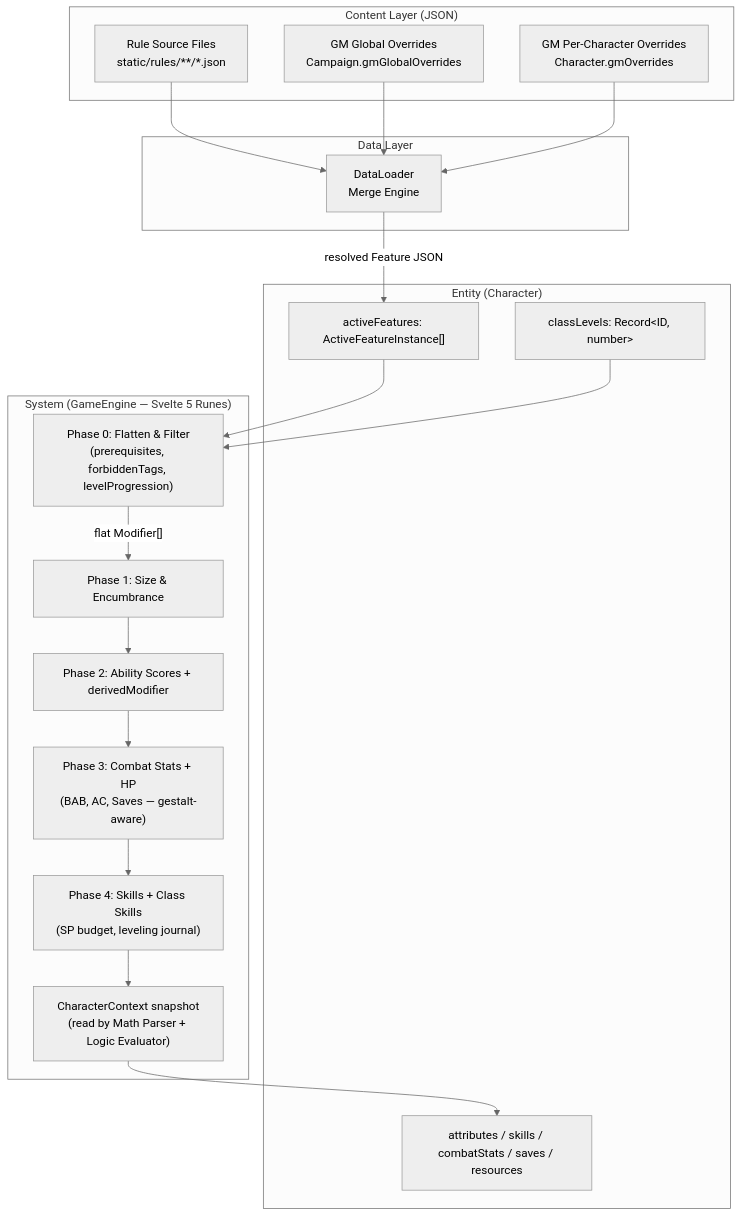
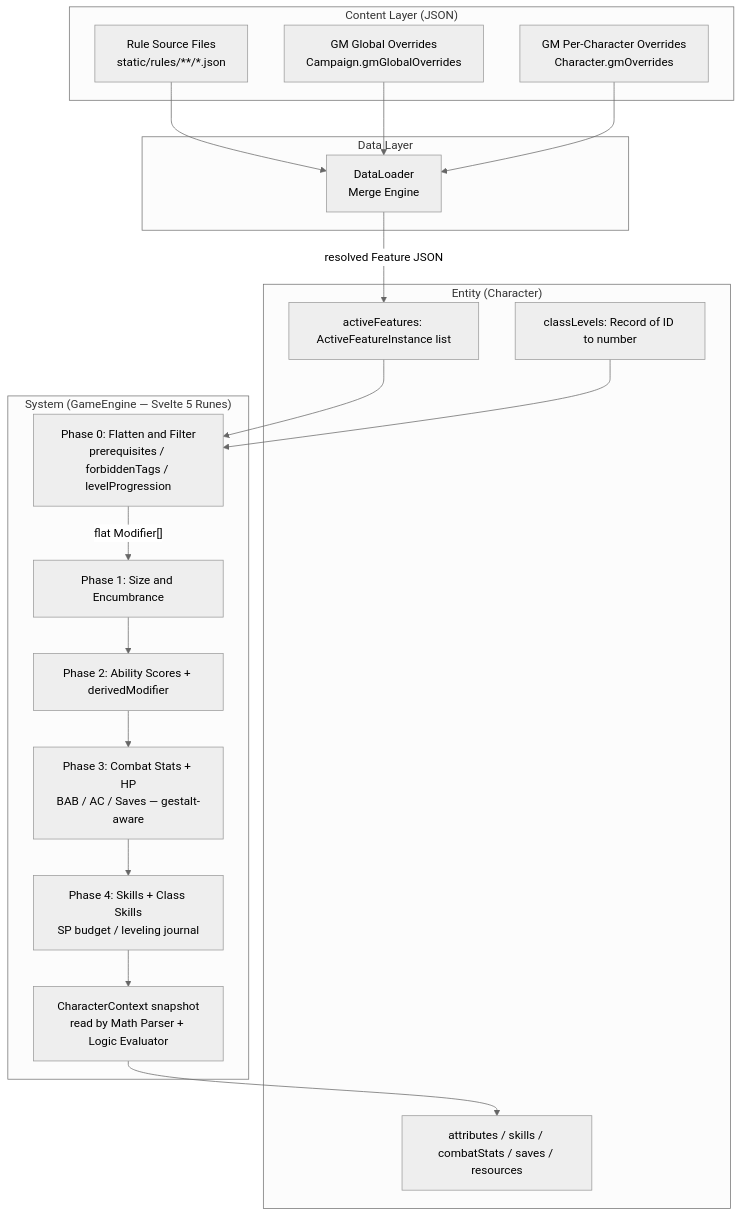
The first of 5 diagrams in ARCHITECTURE.md (tartampluch/character-vault), drawn with Mermaid (neutral theme) before and after one commit. The commit also changed other lines of this file and 3 other files, not shown here.

First line of the commit message:
docs: clarify CharacterContext key conventions and path resolution in GameEngine

````diff
--- a/ARCHITECTURE.md
+++ b/ARCHITECTURE.md
@@ -12,41 +12,41 @@
 ```mermaid
 graph TD
     subgraph "Content Layer (JSON)"
         RS[Rule Source Files<br/>static/rules/**/*.json]
         GM_G[GM Global Overrides<br/>Campaign.gmGlobalOverrides]
         GM_C[GM Per-Character Overrides<br/>Character.gmOverrides]
     end
 
     subgraph "Data Layer"
         DL[DataLoader<br/>Merge Engine]
         RS --> DL
         GM_G --> DL
         GM_C --> DL
     end
 
     subgraph "Entity (Character)"
-        AFI["activeFeatures: ActiveFeatureInstance[]"]
-        CL[classLevels: Record&lt;ID, number&gt;]
+        AFI[activeFeatures: ActiveFeatureInstance list]
+        CL[classLevels: Record of ID to number]
         PIPE[attributes / skills / combatStats / saves / resources]
     end
 
     subgraph "System (GameEngine — Svelte 5 Runes)"
-        P0["Phase 0: Flatten & Filter<br/>(prerequisites, forbiddenTags, levelProgression)"]
-        P1["Phase 1: Size & Encumbrance"]
-        P2["Phase 2: Ability Scores + derivedModifier"]
-        P3["Phase 3: Combat Stats + HP<br/>(BAB, AC, Saves — gestalt-aware)"]
-        P4["Phase 4: Skills + Class Skills<br/>(SP budget, leveling journal)"]
-        OUT["CharacterContext snapshot<br/>(read by Math Parser + Logic Evaluator)"]
+        P0[Phase 0: Flatten and Filter<br/>prerequisites / forbiddenTags / levelProgression]
+        P1[Phase 1: Size and Encumbrance]
+        P2[Phase 2: Ability Scores + derivedModifier]
+        P3[Phase 3: Combat Stats + HP<br/>BAB / AC / Saves — gestalt-aware]
+        P4[Phase 4: Skills + Class Skills<br/>SP budget / leveling journal]
+        OUT[CharacterContext snapshot<br/>read by Math Parser + Logic Evaluator]
 
         P0 -->|flat Modifier#91;#93;| P1
         P1 --> P2
         P2 --> P3
         P3 --> P4
         P4 --> OUT
     end
 
     DL -->|resolved Feature JSON| AFI
     AFI --> P0
     CL --> P0
     OUT --> PIPE
 ```
````
